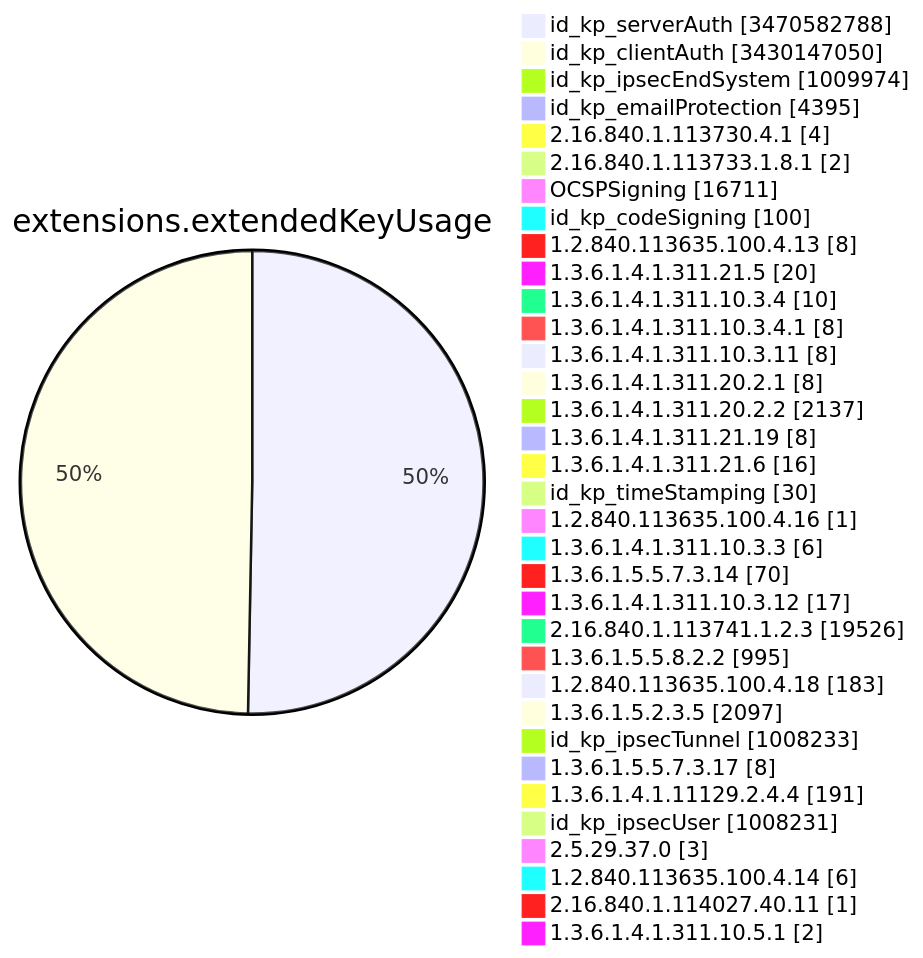
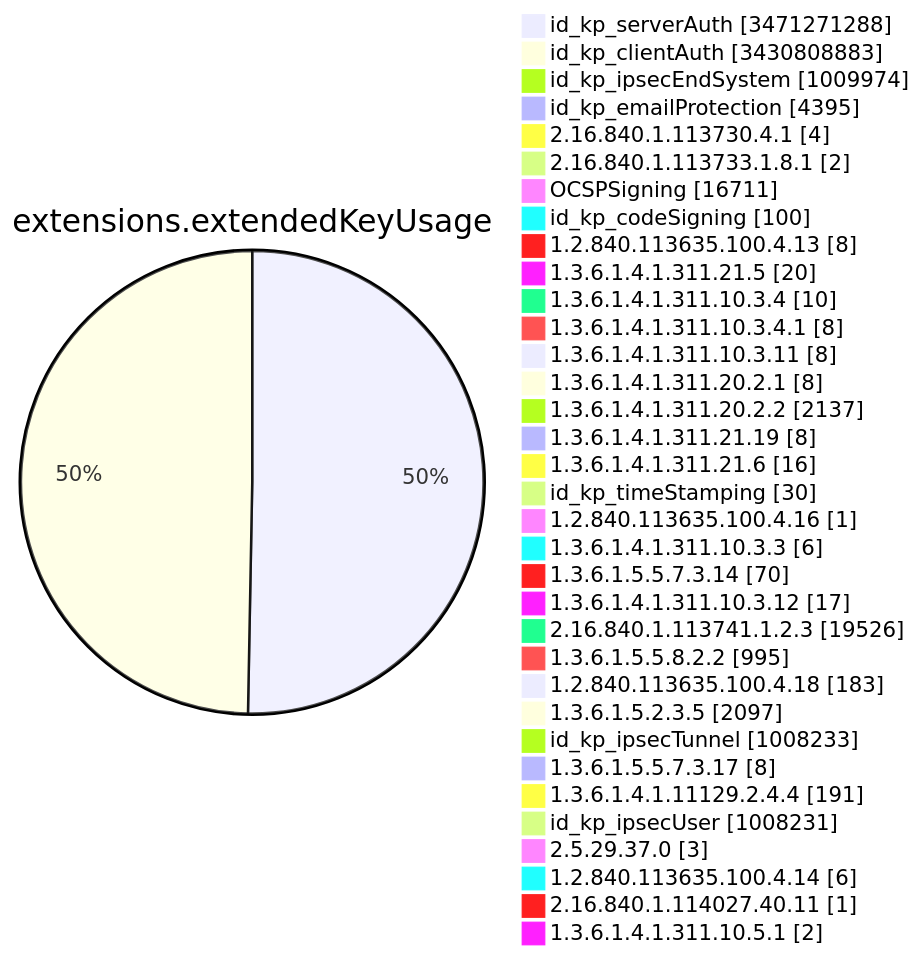
Before and after one commit to christiankrug/ctmonitor_visualization: diagram 11 of 15 in TOTAL/README.md, drawn with Mermaid. The commit also changed other lines of this file, not shown here.

````diff
--- a/TOTAL/README.md
+++ b/TOTAL/README.md
@@ -4123,38 +4123,38 @@
 ```mermaid
 pie showData
 title extensions.extendedKeyUsage
-"id_kp_serverAuth" :3470582788
-"id_kp_clientAuth" :3430147050
+"id_kp_serverAuth" :3471271288
+"id_kp_clientAuth" :3430808883
 "id_kp_ipsecEndSystem" :1009974
 "id_kp_emailProtection" :4395
 "2.16.840.1.113730.4.1" :4
 "2.16.840.1.113733.1.8.1" :2
 "OCSPSigning" :16711
 "id_kp_codeSigning" :100
 "1.2.840.113635.100.4.13" :8
 "1.3.6.1.4.1.311.21.5" :20
 "1.3.6.1.4.1.311.10.3.4" :10
 "1.3.6.1.4.1.311.10.3.4.1" :8
 "1.3.6.1.4.1.311.10.3.11" :8
 "1.3.6.1.4.1.311.20.2.1" :8
 "1.3.6.1.4.1.311.20.2.2" :2137
 "1.3.6.1.4.1.311.21.19" :8
 "1.3.6.1.4.1.311.21.6" :16
 "id_kp_timeStamping" :30
 "1.2.840.113635.100.4.16" :1
 "1.3.6.1.4.1.311.10.3.3" :6
 "1.3.6.1.5.5.7.3.14" :70
 "1.3.6.1.4.1.311.10.3.12" :17
 "2.16.840.1.113741.1.2.3" :19526
 "1.3.6.1.5.5.8.2.2" :995
 "1.2.840.113635.100.4.18" :183
 "1.3.6.1.5.2.3.5" :2097
 "id_kp_ipsecTunnel" :1008233
 "1.3.6.1.5.5.7.3.17" :8
 "1.3.6.1.4.1.11129.2.4.4" :191
 "id_kp_ipsecUser" :1008231
 "2.5.29.37.0" :3
 "1.2.840.113635.100.4.14" :6
 "2.16.840.1.114027.40.11" :1
 "1.3.6.1.4.1.311.10.5.1" :2
 ```
````
